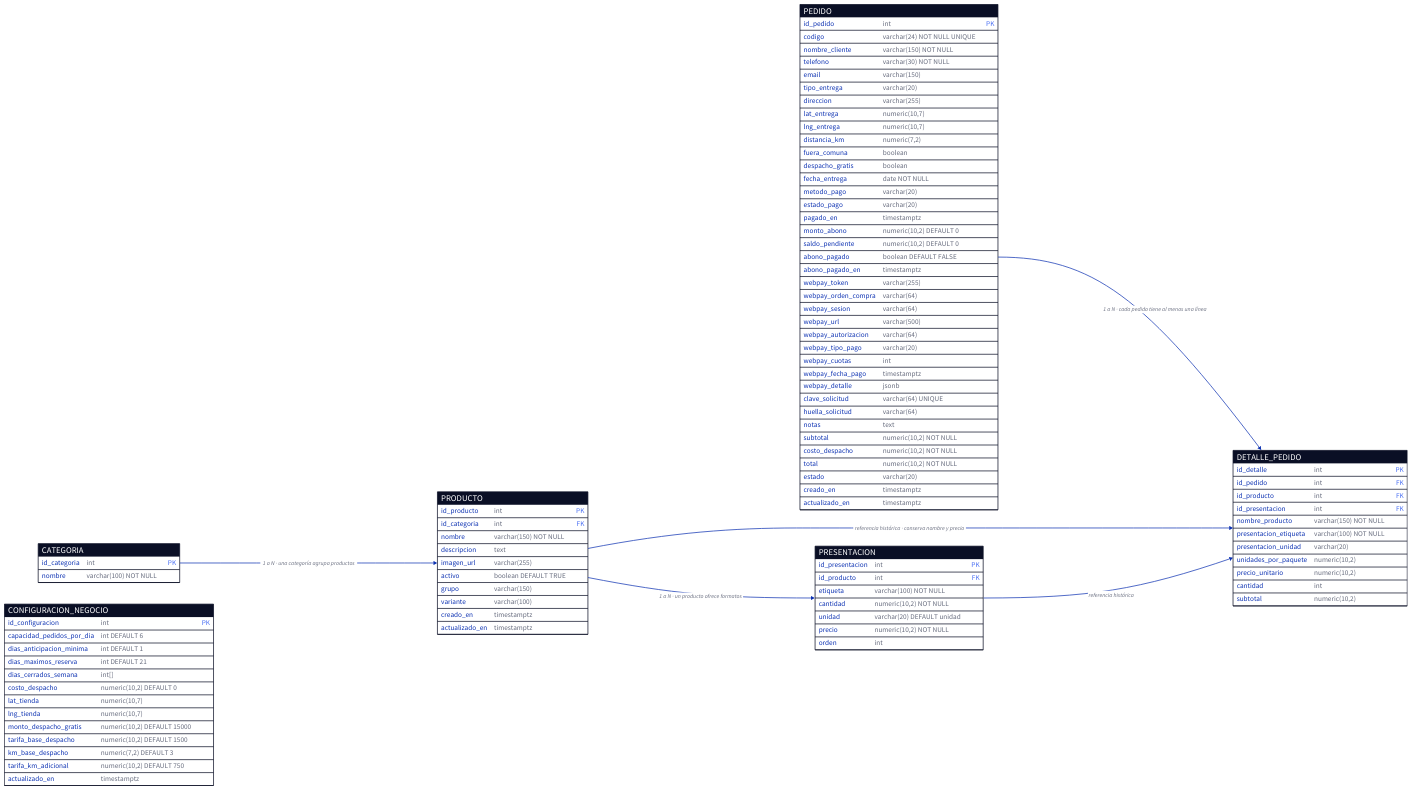
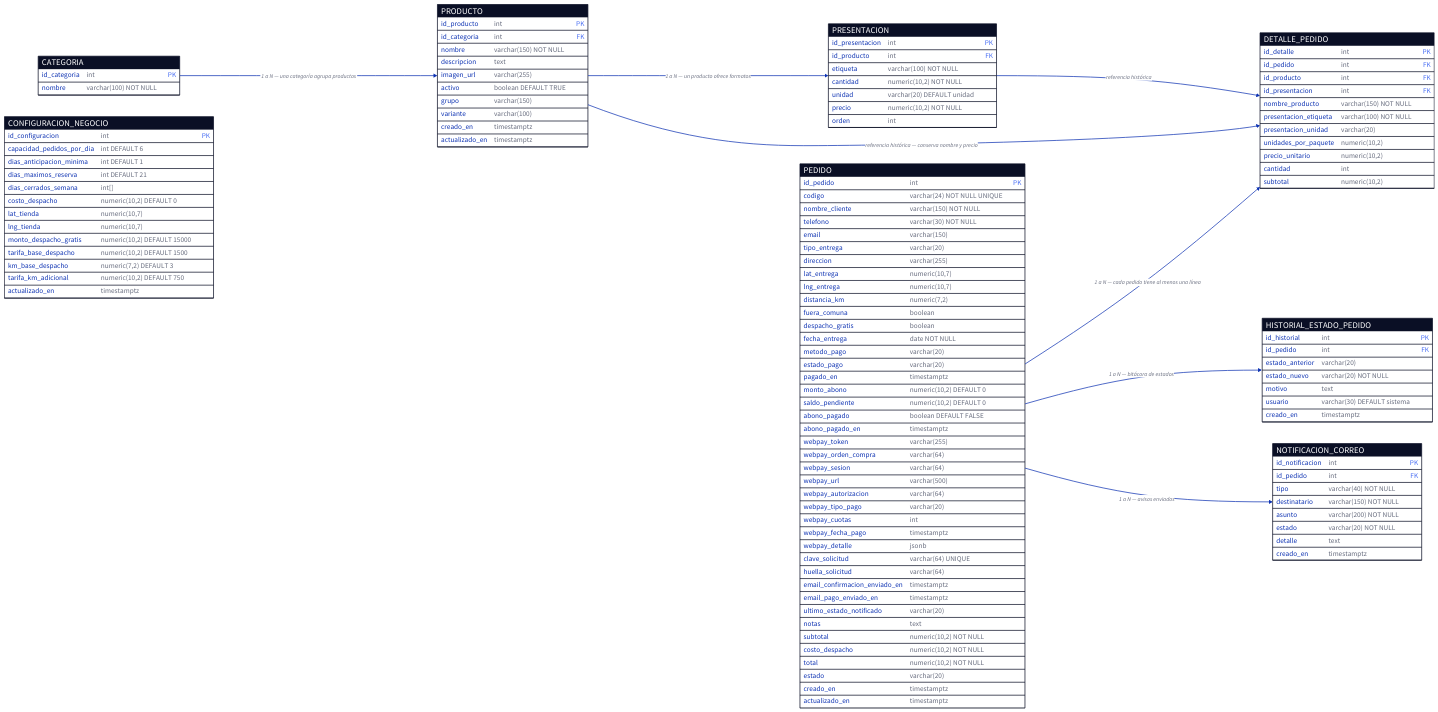
The diagram in Fase 2/Evidencias Proyecto/Evidencias de Documentación/Imagenes/Diagramas/Fuentes-D2/d1_er.d2 (ThomasPuma/2026_2_MA_CAPSTONE_005D_GRUPO_6), drawn with D2 before and after one commit. The commit also changed 14 other files, not shown here.

Commit message:
Actualizar diagramas y conteo de tablas tras la mejora post-cierre

```diff
--- a/Fase 2/Evidencias Proyecto/Evidencias de Documentación/Imagenes/Diagramas/Fuentes-D2/d1_er.d2
+++ b/Fase 2/Evidencias Proyecto/Evidencias de Documentación/Imagenes/Diagramas/Fuentes-D2/d1_er.d2
@@ -1,115 +1,144 @@
-# Modelo Entidad-Relación · Matteo Masas
+# Modelo Entidad-Relación — Matteo Masas
 # Esquema real: matteo-masas-db.sql y backend/scripts/migrate-pedidos.js
+# Seis tablas de negocio + dos tablas de seguimiento y notificaciones.
 
 direction: right
 
 categoria: CATEGORIA {
   shape: sql_table
   id_categoria: int {constraint: primary_key}
   nombre: varchar(100) NOT NULL
 }
 
 producto: PRODUCTO {
   shape: sql_table
   id_producto: int {constraint: primary_key}
   id_categoria: int {constraint: foreign_key}
   nombre: varchar(150) NOT NULL
   descripcion: text
   imagen_url: varchar(255)
   activo: boolean DEFAULT TRUE
   grupo: varchar(150)
   variante: varchar(100)
   creado_en: timestamptz
   actualizado_en: timestamptz
 }
 
 presentacion: PRESENTACION {
   shape: sql_table
   id_presentacion: int {constraint: primary_key}
   id_producto: int {constraint: foreign_key}
   etiqueta: varchar(100) NOT NULL
   cantidad: numeric(10,2) NOT NULL
   unidad: varchar(20) DEFAULT unidad
   precio: numeric(10,2) NOT NULL
   orden: int
 }
 
 configuracion_negocio: CONFIGURACION_NEGOCIO {
   shape: sql_table
   id_configuracion: int {constraint: primary_key}
   capacidad_pedidos_por_dia: int DEFAULT 6
   dias_anticipacion_minima: int DEFAULT 1
   dias_maximos_reserva: int DEFAULT 21
   dias_cerrados_semana: "int[]"
   costo_despacho: numeric(10,2) DEFAULT 0
   lat_tienda: numeric(10,7)
   lng_tienda: numeric(10,7)
   monto_despacho_gratis: numeric(10,2) DEFAULT 15000
   tarifa_base_despacho: numeric(10,2) DEFAULT 1500
   km_base_despacho: numeric(7,2) DEFAULT 3
   tarifa_km_adicional: numeric(10,2) DEFAULT 750
   actualizado_en: timestamptz
 }
 
 pedido: PEDIDO {
   shape: sql_table
   id_pedido: int {constraint: primary_key}
   codigo: varchar(24) NOT NULL UNIQUE
   nombre_cliente: varchar(150) NOT NULL
   telefono: varchar(30) NOT NULL
   email: varchar(150)
   tipo_entrega: varchar(20)
   direccion: varchar(255)
   lat_entrega: numeric(10,7)
   lng_entrega: numeric(10,7)
   distancia_km: numeric(7,2)
   fuera_comuna: boolean
   despacho_gratis: boolean
   fecha_entrega: date NOT NULL
   metodo_pago: varchar(20)
   estado_pago: varchar(20)
   pagado_en: timestamptz
   monto_abono: numeric(10,2) DEFAULT 0
   saldo_pendiente: numeric(10,2) DEFAULT 0
   abono_pagado: boolean DEFAULT FALSE
   abono_pagado_en: timestamptz
   webpay_token: varchar(255)
   webpay_orden_compra: varchar(64)
   webpay_sesion: varchar(64)
   webpay_url: varchar(500)
   webpay_autorizacion: varchar(64)
   webpay_tipo_pago: varchar(20)
   webpay_cuotas: int
   webpay_fecha_pago: timestamptz
   webpay_detalle: jsonb
   clave_solicitud: varchar(64) UNIQUE
   huella_solicitud: varchar(64)
+  email_confirmacion_enviado_en: timestamptz
+  email_pago_enviado_en: timestamptz
+  ultimo_estado_notificado: varchar(20)
   notas: text
   subtotal: numeric(10,2) NOT NULL
   costo_despacho: numeric(10,2) NOT NULL
   total: numeric(10,2) NOT NULL
   estado: varchar(20)
   creado_en: timestamptz
   actualizado_en: timestamptz
 }
 
 detalle_pedido: DETALLE_PEDIDO {
   shape: sql_table
   id_detalle: int {constraint: primary_key}
   id_pedido: int {constraint: foreign_key}
   id_producto: int {constraint: foreign_key}
   id_presentacion: int {constraint: foreign_key}
   nombre_producto: varchar(150) NOT NULL
   presentacion_etiqueta: varchar(100) NOT NULL
   presentacion_unidad: varchar(20)
   unidades_por_paquete: numeric(10,2)
   precio_unitario: numeric(10,2)
   cantidad: int
   subtotal: numeric(10,2)
 }
 
-categoria.id_categoria -> producto.id_categoria: "1 a N · una categoría agrupa productos"
-producto.id_producto -> presentacion.id_producto: "1 a N · un producto ofrece formatos"
-pedido.id_pedido -> detalle_pedido.id_pedido: "1 a N · cada pedido tiene al menos una línea"
-producto.id_producto -> detalle_pedido.id_producto: "referencia histórica · conserva nombre y precio"
+historial_estado_pedido: HISTORIAL_ESTADO_PEDIDO {
+  shape: sql_table
+  id_historial: int {constraint: primary_key}
+  id_pedido: int {constraint: foreign_key}
+  estado_anterior: varchar(20)
+  estado_nuevo: varchar(20) NOT NULL
+  motivo: text
+  usuario: varchar(30) DEFAULT sistema
+  creado_en: timestamptz
+}
+
+notificacion_correo: NOTIFICACION_CORREO {
+  shape: sql_table
+  id_notificacion: int {constraint: primary_key}
+  id_pedido: int {constraint: foreign_key}
+  tipo: varchar(40) NOT NULL
+  destinatario: varchar(150) NOT NULL
+  asunto: varchar(200) NOT NULL
+  estado: varchar(20) NOT NULL
+  detalle: text
+  creado_en: timestamptz
+}
+
+categoria.id_categoria -> producto.id_categoria: "1 a N — una categoría agrupa productos"
+producto.id_producto -> presentacion.id_producto: "1 a N — un producto ofrece formatos"
+pedido.id_pedido -> detalle_pedido.id_pedido: "1 a N — cada pedido tiene al menos una línea"
+producto.id_producto -> detalle_pedido.id_producto: "referencia histórica — conserva nombre y precio"
 presentacion.id_presentacion -> detalle_pedido.id_presentacion: "referencia histórica"
+pedido.id_pedido -> historial_estado_pedido.id_pedido: "1 a N — bitácora de estados"
+pedido.id_pedido -> notificacion_correo.id_pedido: "1 a N — avisos enviados"
```
